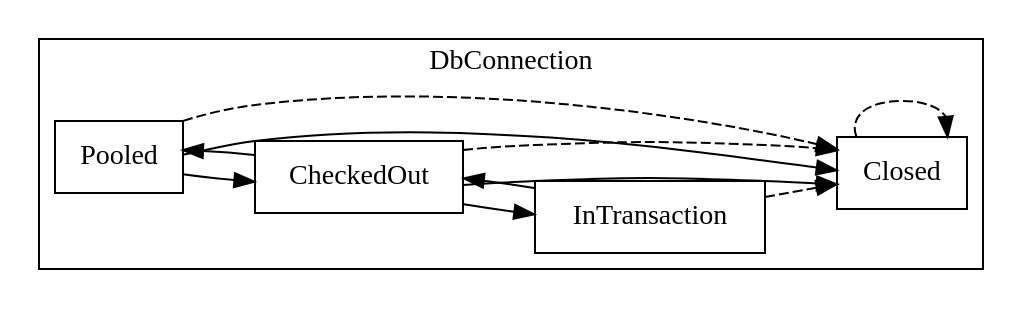
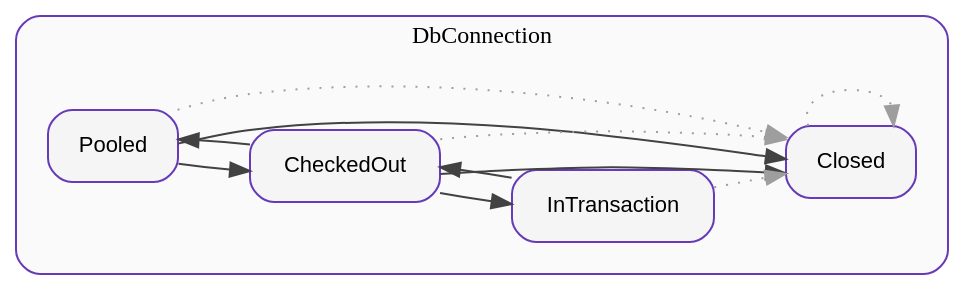
Before and after one commit to elijahr/nim-typestates: the third of 4 diagrams in docs/guide/visualization.md, drawn with Graphviz. The commit also changed other lines of this file and 17 other files, not shown here.

````diff
--- a/docs/guide/visualization.md
+++ b/docs/guide/visualization.md
@@ -135,27 +163,36 @@
 ```dot
 digraph {
   rankdir=LR;
-  node [shape=box];
+  bgcolor="transparent";
+  pad=0.5;
+
+  node [shape=box, style="rounded,filled", fillcolor="#f5f5f5", color="#673ab7", fontname="Helvetica", fontsize=11, margin="0.2,0.1"];
+  edge [fontname="Helvetica", fontsize=9, color="#424242"];
 
   subgraph cluster_DbConnection {
     label="DbConnection";
+    fontname="Helvetica Bold";
+    fontsize=12;
+    style="rounded";
+    color="#673ab7";
+    bgcolor="#fafafa";
+    margin=16;
 
     Pooled;
     CheckedOut;
     InTransaction;
     Closed;
 
     Pooled -> CheckedOut;
     Pooled -> Closed;
     CheckedOut -> Pooled;
     CheckedOut -> InTransaction;
     CheckedOut -> Closed;
     InTransaction -> CheckedOut;
-    Pooled -> Closed [style=dashed];
-    CheckedOut -> Closed [style=dashed];
-    InTransaction -> Closed [style=dashed];
-    Closed -> Closed [style=dashed];
+    Pooled -> Closed [style=dotted, color="#9e9e9e"];
+    CheckedOut -> Closed [style=dotted, color="#9e9e9e"];
+    InTransaction -> Closed [style=dotted, color="#9e9e9e"];
+    Closed -> Closed [style=dotted, color="#9e9e9e"];
   }
-
 }
 ```
````
